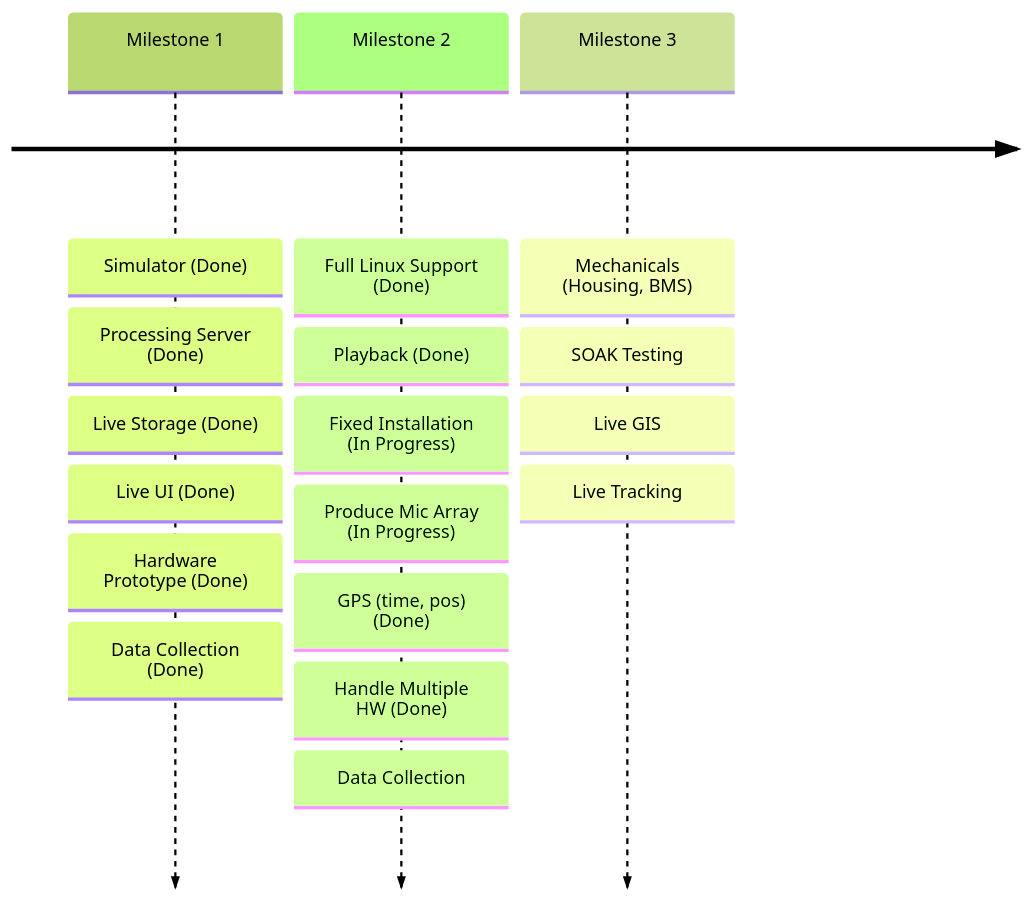
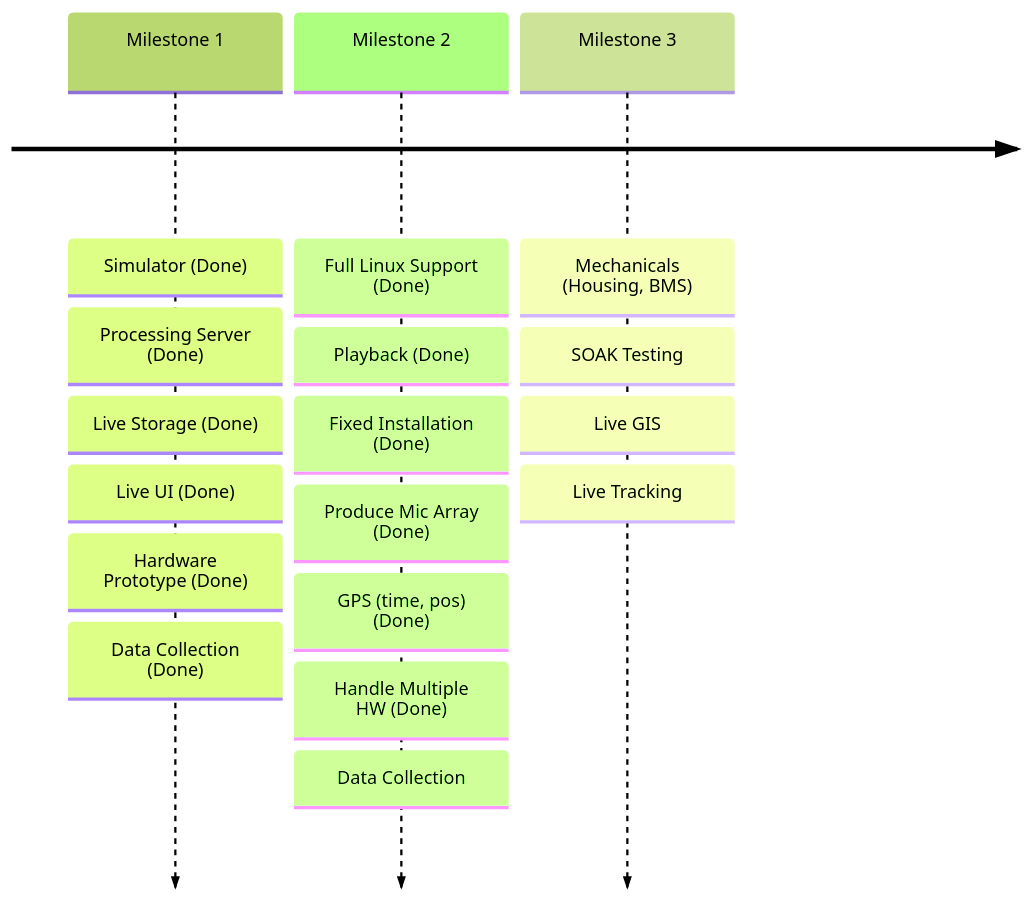
Before and after one commit to Sense-Scape/.github: the second of 2 diagrams in profile/README.md, drawn with Mermaid (forest theme).

````diff
--- a/profile/README.md
+++ b/profile/README.md
@@ -54,8 +54,8 @@
 ``` mermaid
 
 timeline
     Milestone 1 : Simulator (Done) : Processing Server (Done) : Live Storage (Done) : Live UI (Done) : Hardware Prototype (Done) : Data Collection (Done)
-    Milestone 2 : Full Linux Support (Done) : Playback (Done) : Fixed Installation (In Progress) : Produce Mic Array (In Progress)  : GPS (time, pos) (Done) : Handle Multiple HW (Done): Data Collection
+    Milestone 2 : Full Linux Support (Done) : Playback (Done) : Fixed Installation (Done) : Produce Mic Array (Done)  : GPS (time, pos) (Done) : Handle Multiple HW (Done): Data Collection
     Milestone 3 : Mechanicals (Housing, BMS) : SOAK Testing : Live GIS : Live Tracking
 
 ```
````
